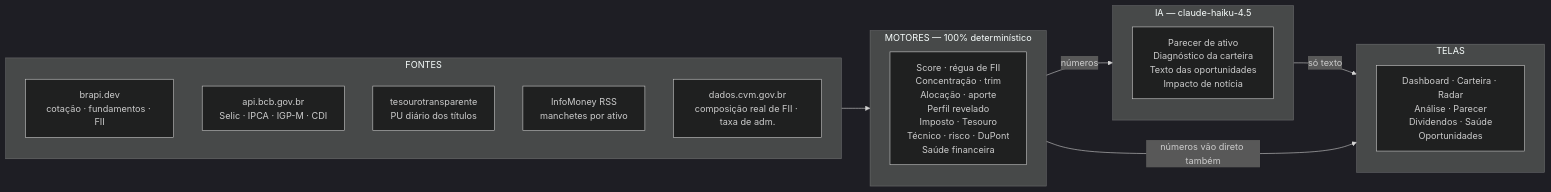
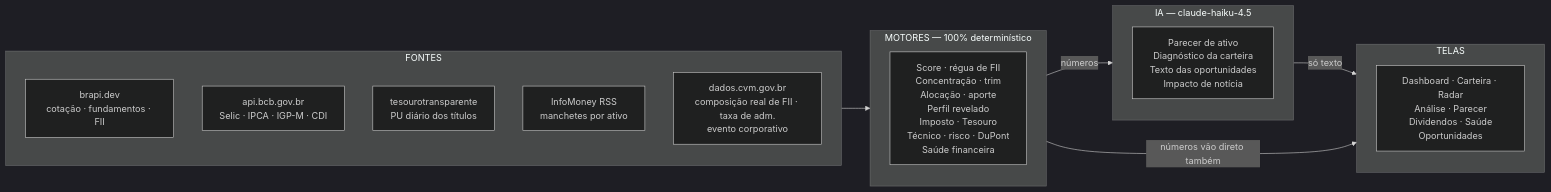
One commit to MaxMendesRocha/invest-radar changed the diagram in docs/funcionalidades.md. Above: the diagram before and after it, drawn with Mermaid (dark theme). The commit also changed other lines of this file and 18 other files, not shown here.

````diff
--- a/docs/funcionalidades.md
+++ b/docs/funcionalidades.md
@@ -42,27 +42,27 @@
 ```mermaid
 flowchart LR
   subgraph F["FONTES"]
     F1["brapi.dev<br/>cotação · fundamentos · FII"]
     F2["api.bcb.gov.br<br/>Selic · IPCA · IGP-M · CDI"]
     F3["tesourotransparente<br/>PU diário dos títulos"]
     F4["InfoMoney RSS<br/>manchetes por ativo"]
-    F5["dados.cvm.gov.br<br/>composição real de FII · taxa de adm."]
+    F5["dados.cvm.gov.br<br/>composição real de FII · taxa de adm.<br/>evento corporativo"]
   end
 
   subgraph M["MOTORES — 100% determinístico"]
     M1["Score · régua de FII<br/>Concentração · trim<br/>Alocação · aporte<br/>Perfil revelado<br/>Imposto · Tesouro<br/>Técnico · risco · DuPont<br/>Saúde financeira"]
   end
 
   subgraph I["IA — claude-haiku-4.5"]
     I1["Parecer de ativo<br/>Diagnóstico da carteira<br/>Texto das oportunidades<br/>Impacto de notícia"]
   end
 
   subgraph T["TELAS"]
     T1["Dashboard · Carteira · Radar<br/>Análise · Parecer<br/>Dividendos · Saúde<br/>Oportunidades"]
   end
 
   F --> M
   M -- "números" --> I
   I -- "só texto" --> T
   M -- "números vão direto também" --> T
 ```
````
